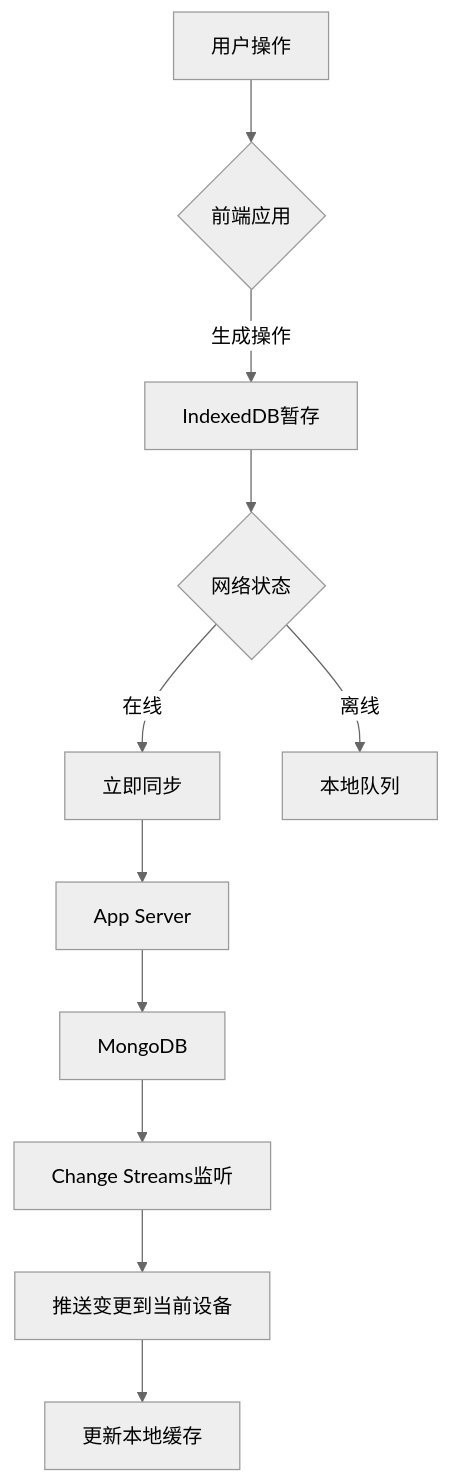
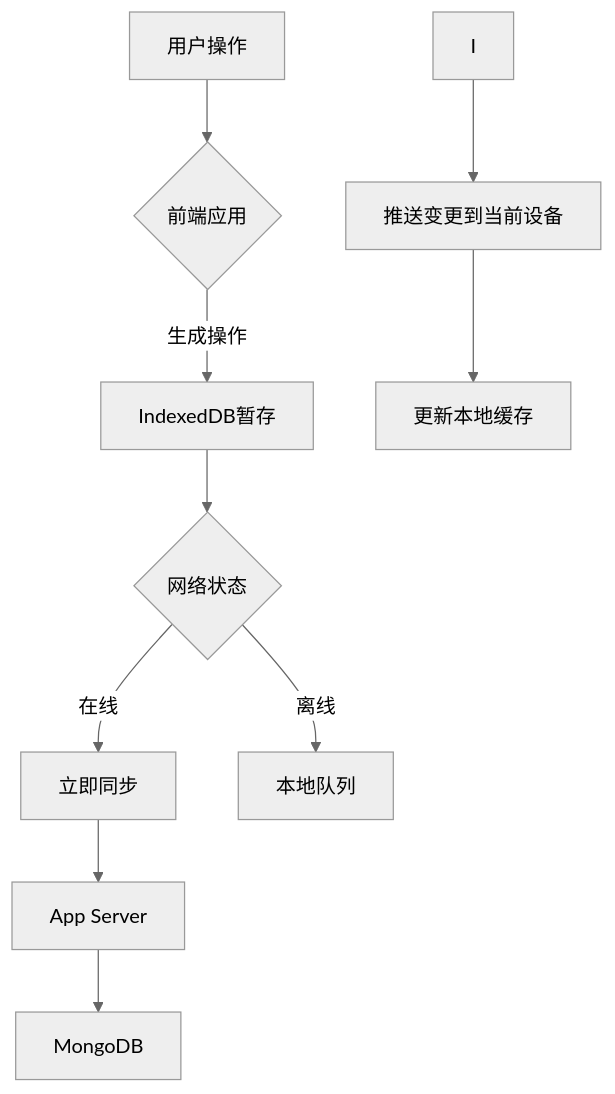
The diagram in all/未命名-21.md (yingjianzh/iodraw-files), drawn with Mermaid (neutral theme) before and after one commit.

Commit message:
2025-02-17 14:45:54 update

````diff
--- a/all/未命名-21.md
+++ b/all/未命名-21.md
@@ -1,13 +1,12 @@
 ```mermaid
 graph TD
     A[用户操作] --> B{前端应用}
     B -->|生成操作| C[IndexedDB暂存]
     C --> D{网络状态}
     D -->|在线| E[立即同步]
     D -->|离线| F[本地队列]
     E --> G[App Server]
     G --> H[MongoDB]
-    H --> I[Change Streams监听]
     I --> J[推送变更到当前设备]
     J --> K[更新本地缓存]
 ```
````
